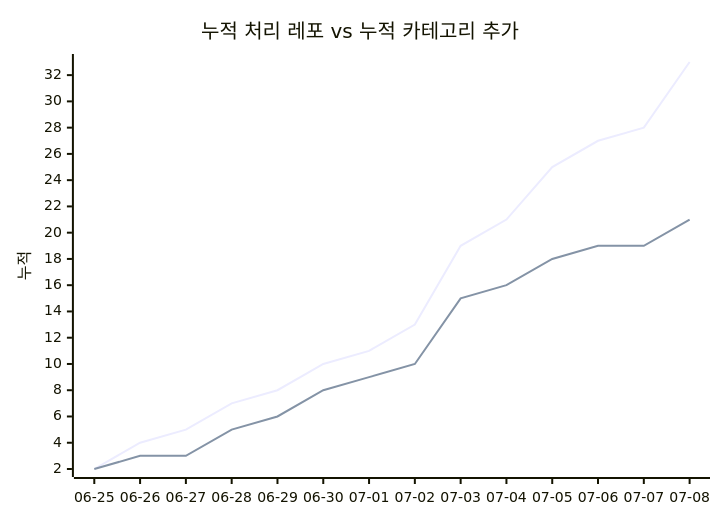
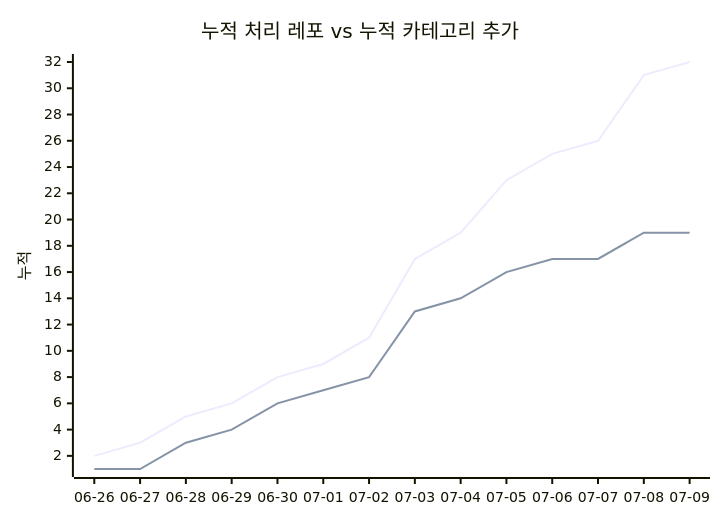
One commit to J-nowcow/awesome-korean-agent-skills changed the second of 2 diagrams in docs/trends.md. Above: the diagram before and after it, drawn with Mermaid. The commit also changed other lines of this file and 2 other files, not shown here.

````diff
--- a/docs/trends.md
+++ b/docs/trends.md
@@ -68,8 +68,8 @@
 ```mermaid
 xychart-beta
     title "누적 처리 레포 vs 누적 카테고리 추가"
-    x-axis ["06-25","06-26","06-27","06-28","06-29","06-30","07-01","07-02","07-03","07-04","07-05","07-06","07-07","07-08"]
+    x-axis ["06-26","06-27","06-28","06-29","06-30","07-01","07-02","07-03","07-04","07-05","07-06","07-07","07-08","07-09"]
     y-axis "누적"
-    line [2,4,5,7,8,10,11,13,19,21,25,27,28,33]
-    line [2,3,3,5,6,8,9,10,15,16,18,19,19,21]
+    line [2,3,5,6,8,9,11,17,19,23,25,26,31,32]
+    line [1,1,3,4,6,7,8,13,14,16,17,17,19,19]
 ```
````
